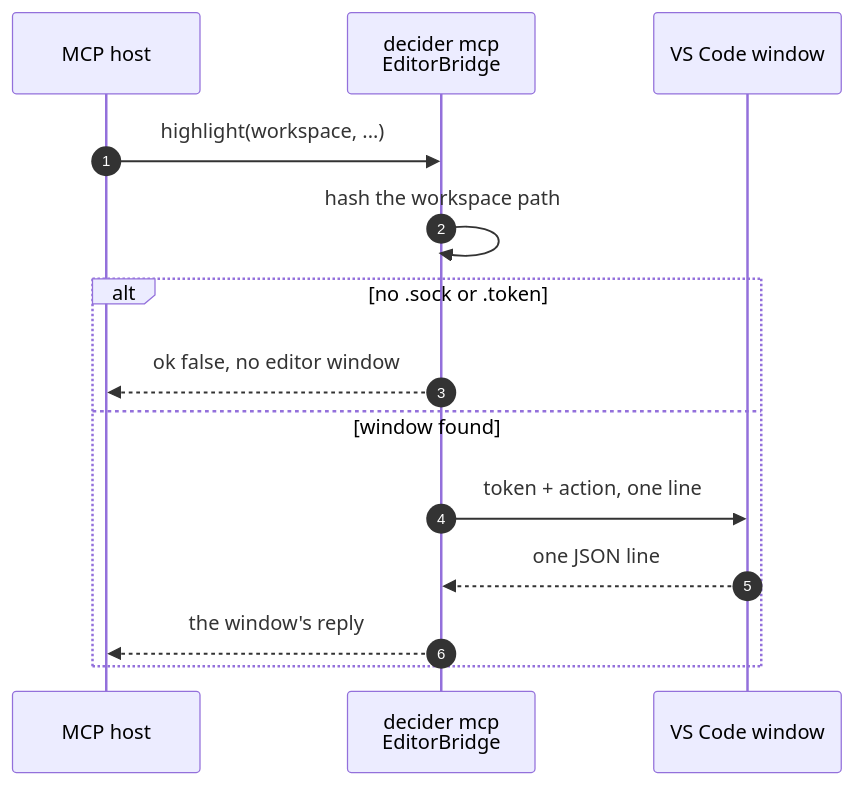
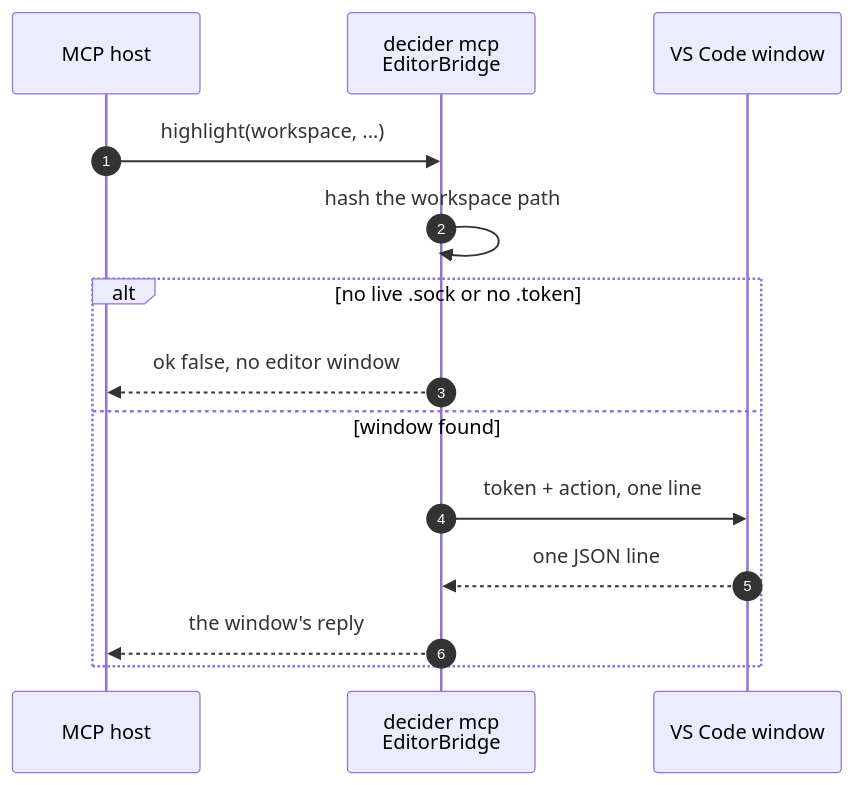
One commit to capitec/dsp-decision-engine changed the third of 3 diagrams in docs/architecture/tooling.md. Above: the diagram before and after it, drawn with Mermaid. The commit also changed other lines of this file and 20 other files, not shown here.

First line of the commit message:
docs: contributor docs and architecture point at docs/architecture and docs/design_decisions

````diff
--- a/docs/architecture/tooling.md
+++ b/docs/architecture/tooling.md
@@ -298,16 +313,16 @@
 ```mermaid
 sequenceDiagram
     autonumber
     participant H as MCP host
     participant B as decider mcp<br/>EditorBridge
     participant W as VS Code window
     H->>B: highlight(workspace, ...)
     B->>B: hash the workspace path
-    alt no .sock or .token
+    alt no live .sock or no .token
         B-->>H: ok false, no editor window
     else window found
         B->>W: token + action, one line
         W-->>B: one JSON line
         B-->>H: the window's reply
     end
 ```
````
